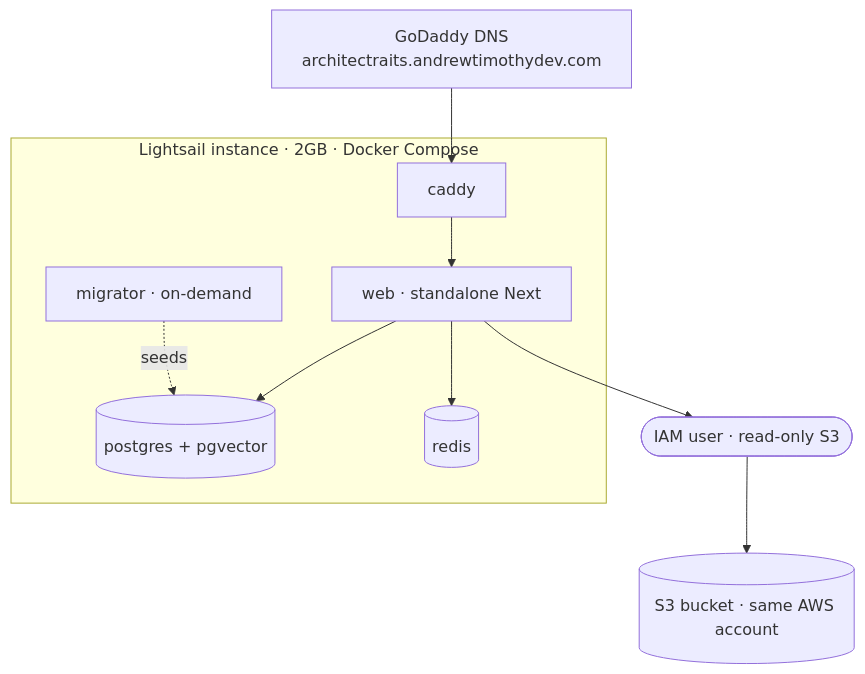
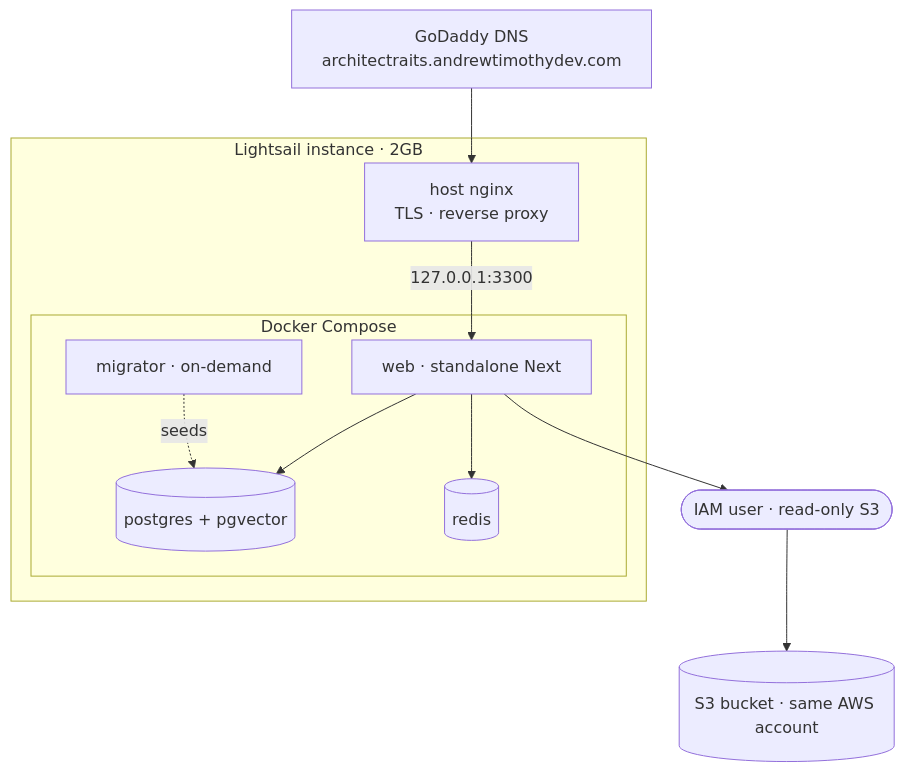
Before and after one commit to Dragon-Of-Dojima/architectrAIts: the second of 2 diagrams in README.md, drawn with Mermaid. The commit also changed other lines of this file and 3 other files, not shown here.

````diff
--- a/README.md
+++ b/README.md
@@ -56,14 +56,20 @@
 ```mermaid
 flowchart TB
-    DNS[GoDaddy DNS<br/>architectraits.andrewtimothydev.com] --> Cad
+    DNS[GoDaddy DNS<br/>architectraits.andrewtimothydev.com] --> NGINX
 
-    subgraph LS[Lightsail instance · 2GB · Docker Compose]
-        Cad[caddy] --> Web[web · standalone Next]
-        Web --> PG[(postgres + pgvector)]
-        Web --> R[(redis)]
-        Mig[migrator · on-demand]-. seeds .-> PG
+    subgraph LS[Lightsail instance · 2GB]
+        NGINX[host nginx<br/>TLS · reverse proxy]
+        subgraph DC[Docker Compose]
+            Web[web · standalone Next]
+            PG[(postgres + pgvector)]
+            R[(redis)]
+            Mig[migrator · on-demand]-. seeds .-> PG
+        end
+        NGINX -->|127.0.0.1:3300| Web
+        Web --> PG
+        Web --> R
     end
 
     Web --> IAM([IAM user · read-only S3])
     IAM --> S3[(S3 bucket · same AWS account)]
 ```
````
